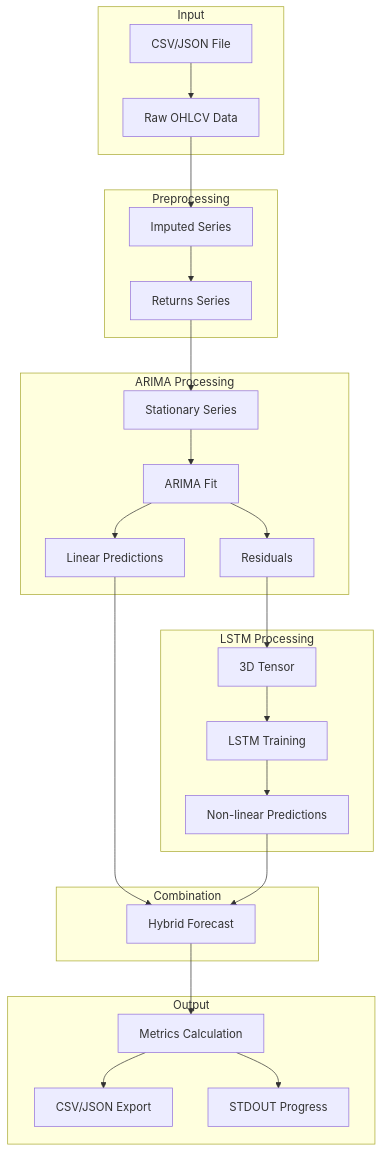
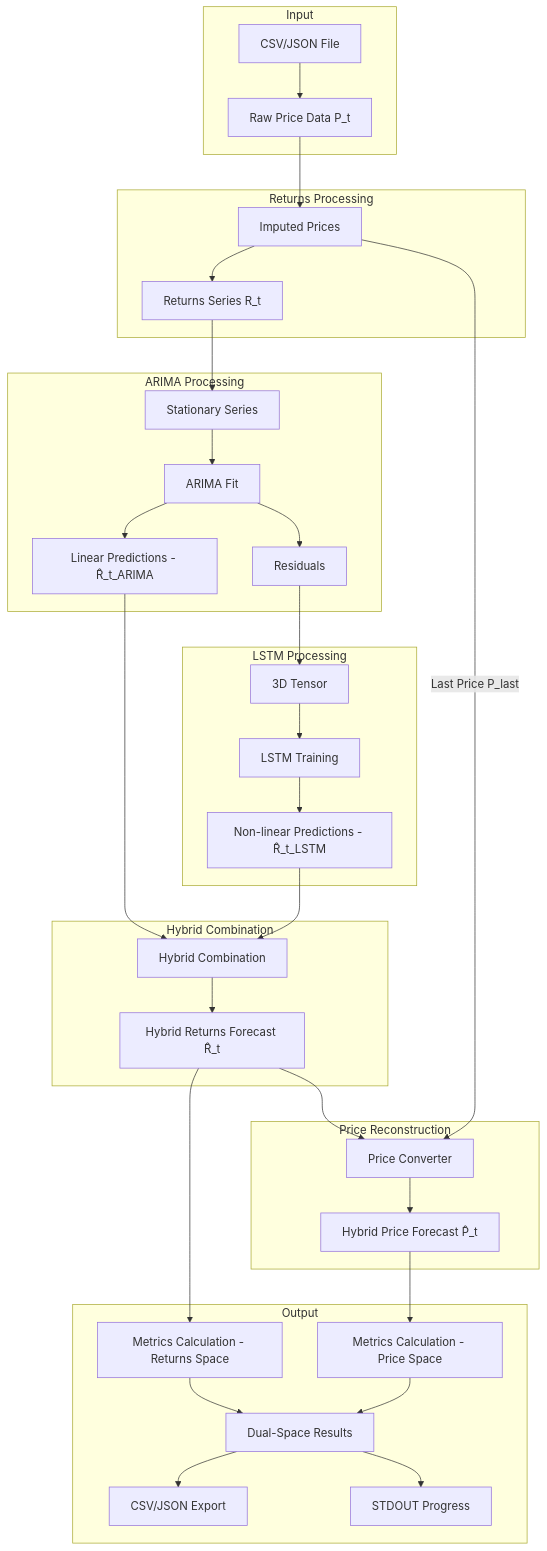
One commit to konstantin-vantukh/lstm_arima changed the ninth of 12 diagrams in plans/architecture.md. Above: the diagram before and after it, drawn with Mermaid. The commit also changed other lines of this file and 28 other files, not shown here.

Commit message:
Adds forecasts in pricing space to the ones in returns space.

````diff
--- a/plans/architecture.md
+++ b/plans/architecture.md
@@ -265,35 +317,45 @@
 ```mermaid
 flowchart TB
     subgraph Input
-        A[CSV/JSON File] --> B[Raw OHLCV Data]
+        A[CSV/JSON File] --> B[Raw Price Data P_t]
     end
 
-    subgraph Preprocessing
-        B --> C[Imputed Series]
-        C --> D[Returns Series]
+    subgraph Returns Processing
+        B --> C[Imputed Prices]
+        C --> D[Returns Series R_t]
     end
 
     subgraph ARIMA Processing
         D --> E[Stationary Series]
         E --> F[ARIMA Fit]
-        F --> G[Linear Predictions]
+        F --> G[Linear Predictions - R̂_t_ARIMA]
         F --> H[Residuals]
     end
 
     subgraph LSTM Processing
         H --> I[3D Tensor]
         I --> J[LSTM Training]
-        J --> K[Non-linear Predictions]
+        J --> K[Non-linear Predictions - R̂_t_LSTM]
     end
 
-    subgraph Combination
-        G --> L[Hybrid Forecast]
+    subgraph Hybrid Combination
+        G --> L[Hybrid Combination]
         K --> L
+        L --> M[Hybrid Returns Forecast R̂_t]
+    end
+
+    subgraph Price Reconstruction
+        M --> N[Price Converter]
+        C -->|Last Price P_last| N
+        N --> O[Hybrid Price Forecast P̂_t]
     end
 
     subgraph Output
-        L --> M[Metrics Calculation]
-        M --> N[CSV/JSON Export]
-        M --> O[STDOUT Progress]
+        M --> P[Metrics Calculation - Returns Space]
+        O --> Q[Metrics Calculation - Price Space]
+        P --> R[Dual-Space Results]
+        Q --> R
+        R --> S[CSV/JSON Export]
+        R --> T[STDOUT Progress]
     end
 ```
````
